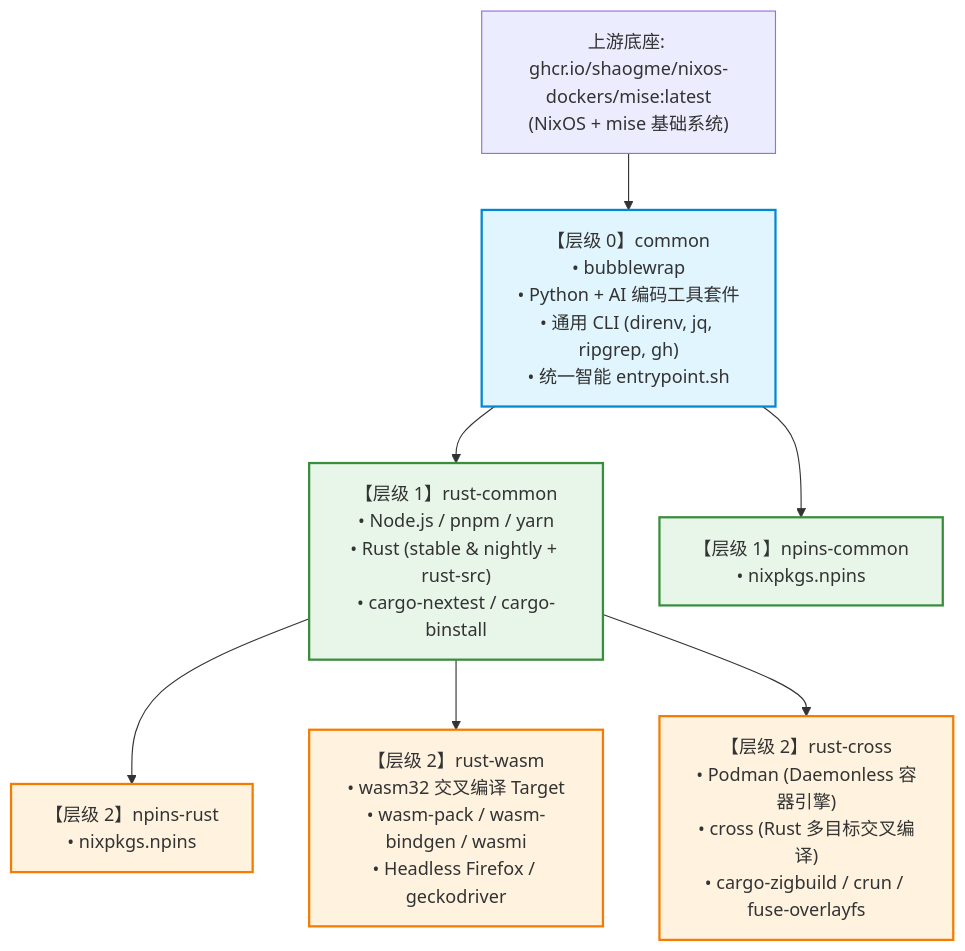
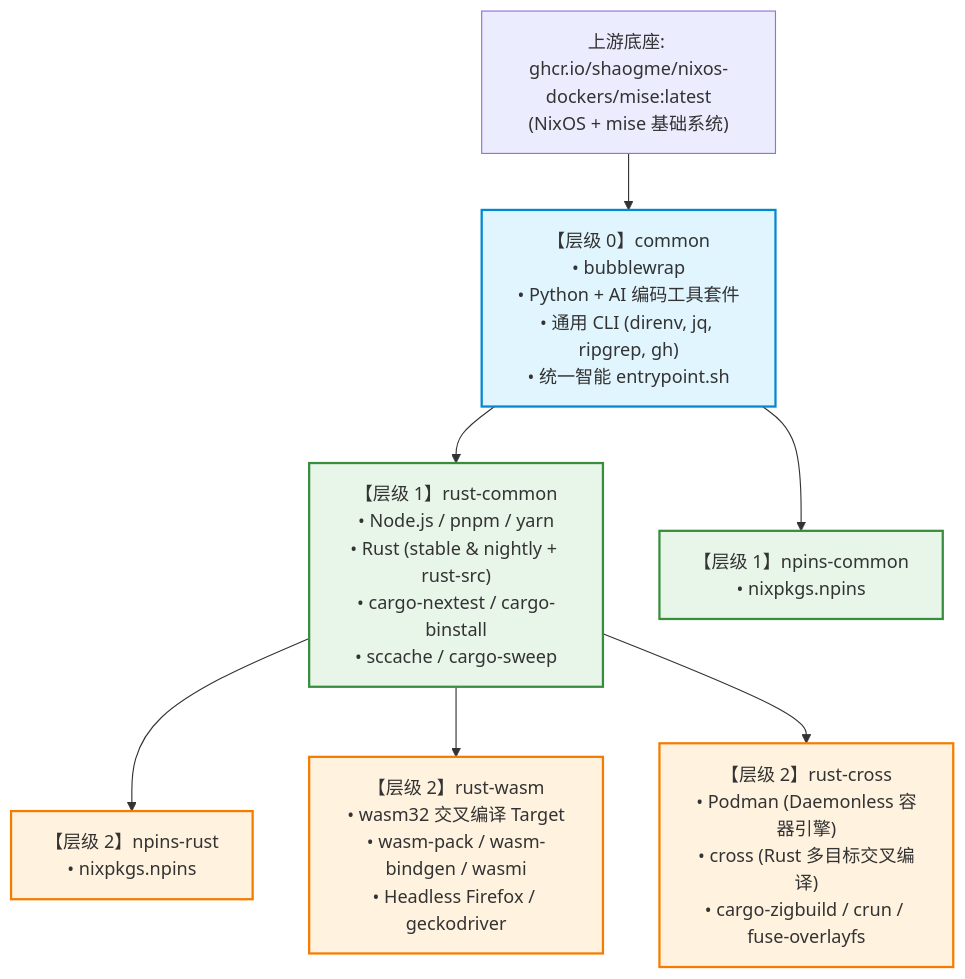
One commit to shaogme/coding-images changed the first of 5 diagrams in README.md. Above: the diagram before and after it, drawn with Mermaid. The commit also changed other lines of this file and 13 other files, not shown here.

First line of the commit message:
perf(rust): enable persistent sccache compiler caching

````diff
--- a/README.md
+++ b/README.md
@@ -59,31 +59,31 @@
 ```mermaid
 flowchart TD
     Upstream["上游底座: ghcr.io/shaogme/nixos-dockers/mise:latest<br/>(NixOS + mise 基础系统)"]
     
     Common["【层级 0】common<br/>• bubblewrap<br/>• Python + AI 编码工具套件<br/>• 通用 CLI (direnv, jq, ripgrep, gh)<br/>• 统一智能 entrypoint.sh"]
     
-    RustCommon["【层级 1】rust-common<br/>• Node.js / pnpm / yarn<br/>• Rust (stable & nightly + rust-src)<br/>• cargo-nextest / cargo-binstall"]
+    RustCommon["【层级 1】rust-common<br/>• Node.js / pnpm / yarn<br/>• Rust (stable & nightly + rust-src)<br/>• cargo-nextest / cargo-binstall<br/>• sccache / cargo-sweep"]
     
     NpinsCommon["【层级 1】npins-common<br/>• nixpkgs.npins"]
     
     RustWasm["【层级 2】rust-wasm<br/>• wasm32 交叉编译 Target<br/>• wasm-pack / wasm-bindgen / wasmi<br/>• Headless Firefox / geckodriver"]
     
     RustCross["【层级 2】rust-cross<br/>• Podman (Daemonless 容器引擎)<br/>• cross (Rust 多目标交叉编译)<br/>• cargo-zigbuild / crun / fuse-overlayfs"]
 
     NpinsRust["【层级 2】npins-rust<br/>• nixpkgs.npins"]
 
     Upstream --> Common
     Common --> NpinsCommon
     Common --> RustCommon
     RustCommon --> NpinsRust
     RustCommon --> RustWasm
     RustCommon --> RustCross
 
     classDef base fill:#e1f5fe,stroke:#0288d1,stroke-width:2px;
     classDef l1 fill:#e8f5e9,stroke:#388e3c,stroke-width:2px;
     classDef l2 fill:#fff3e0,stroke:#f57c00,stroke-width:2px;
 
     class Common base;
     class NpinsCommon,RustCommon l1;
     class NpinsRust,RustWasm,RustCross l2;
 ```
````
